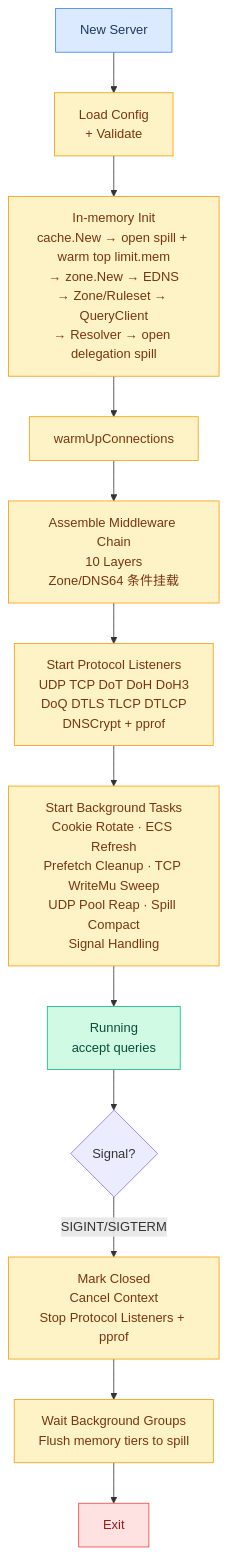
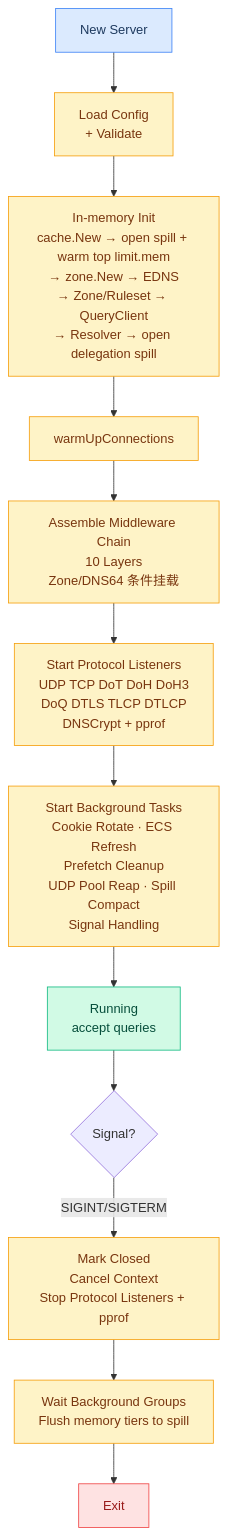
The second of 37 diagrams in docs/FLOWCHARTS.md (hezhijie0327/ZJDNS), drawn with Mermaid before and after one commit. The commit also changed other lines of this file and 10 other files, not shown here.

````diff
--- a/docs/FLOWCHARTS.md
+++ b/docs/FLOWCHARTS.md
@@ -57,22 +57,22 @@
 ```mermaid
 graph TD
     START[New Server] --> LOADCONF[Load Config<br/>+ Validate]
     LOADCONF --> INIT[In-memory Init<br/>cache.New → open spill + warm top limit.mem<br/>→ zone.New → EDNS<br/>→ Zone/Ruleset → QueryClient<br/>→ Resolver → open delegation spill]
     INIT --> WARM[warmUpConnections]
     WARM --> INITMW[Assemble Middleware Chain<br/>10 Layers<br/>Zone/DNS64 条件挂载]
     INITMW --> STARTPROTO[Start Protocol Listeners<br/>UDP TCP DoT DoH DoH3<br/>DoQ DTLS TLCP DTLCP<br/>DNSCrypt + pprof]
-    STARTPROTO --> BG[Start Background Tasks<br/>Cookie Rotate · ECS Refresh<br/>Prefetch Cleanup · TCP WriteMu Sweep<br/>UDP Pool Reap · Spill Compact<br/>Signal Handling]
+    STARTPROTO --> BG[Start Background Tasks<br/>Cookie Rotate · ECS Refresh<br/>Prefetch Cleanup<br/>UDP Pool Reap · Spill Compact<br/>Signal Handling]
     BG --> RUNNING[Running<br/>accept queries]
     RUNNING --> SIG{Signal?}
     SIG -->|SIGINT/SIGTERM| SHUTDOWN[Mark Closed<br/>Cancel Context<br/>Stop Protocol Listeners + pprof]
     SHUTDOWN --> WAITBG[Wait Background Groups<br/>Flush memory tiers to spill]
     WAITBG --> EXIT[Exit]
     classDef start fill:#dbeafe,stroke:#3b82f6,color:#1e3a5f
     classDef proc fill:#fef3c7,stroke:#f59e0b,color:#78350f
     classDef running fill:#d1fae5,stroke:#10b981,color:#064e3b
     classDef exit fill:#fee2e2,stroke:#ef4444,color:#991b1b
     class START start
     class LOADCONF,INIT,WARM,INITMW,STARTPROTO,BG,SHUTDOWN,WAITBG proc
     class RUNNING running
     class EXIT exit
 ```
````
